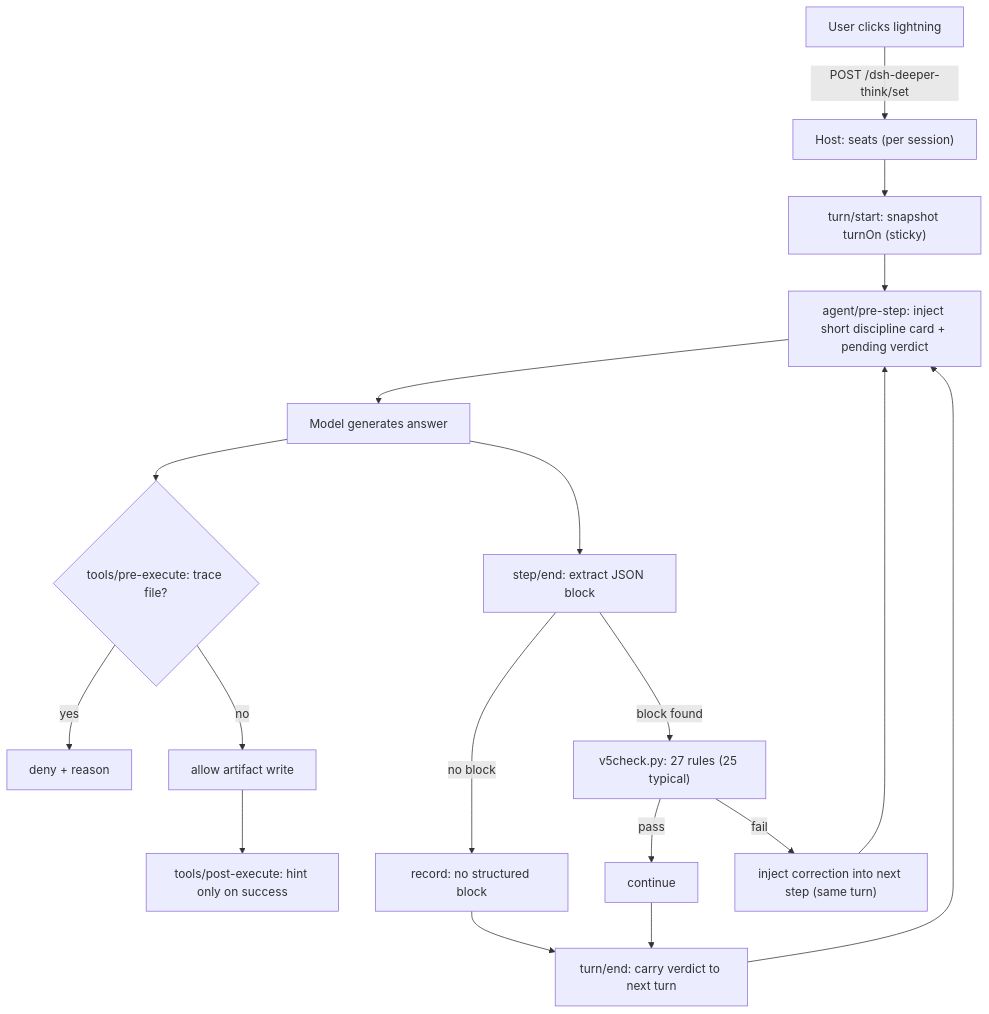
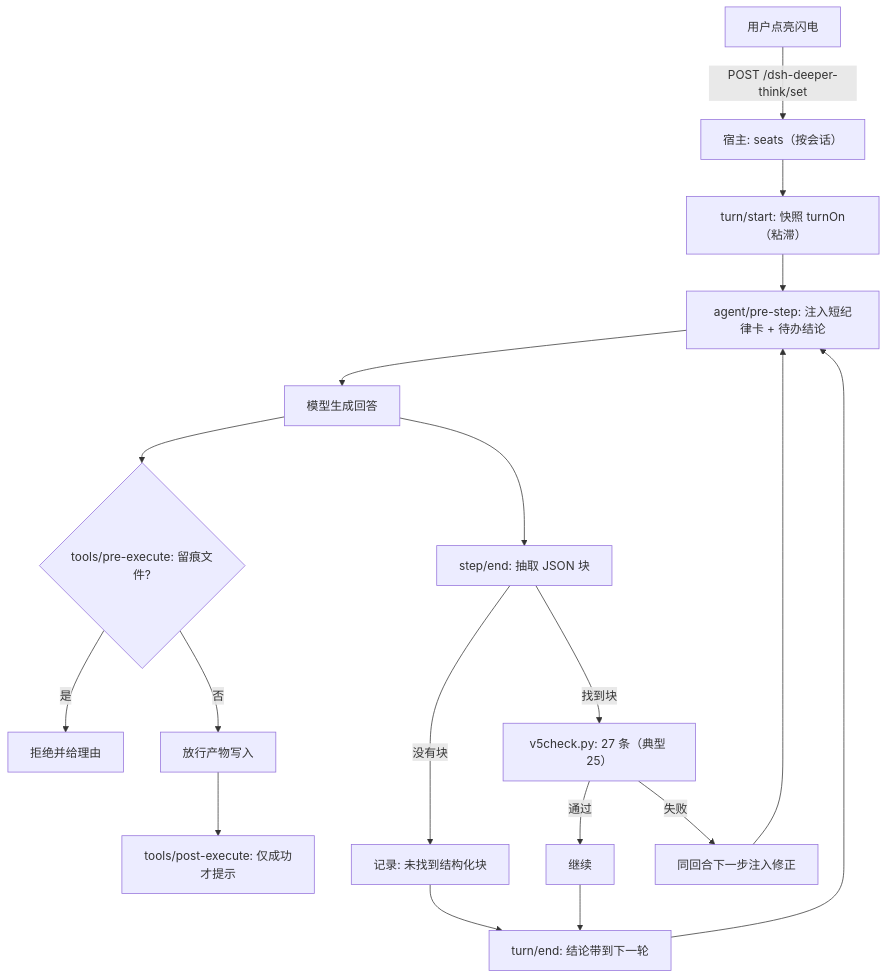
One commit to Voyager77Twt/dsh-deeper-think changed the diagram in README.md. Above: the diagram before and after it, drawn with Mermaid. The commit also changed other lines of this file and 2 other files, not shown here.

````diff
--- a/README.md
+++ b/README.md
@@ -34,20 +34,20 @@
 ```mermaid
 flowchart TD
-  U["User clicks lightning"] -->|"POST /dsh-deeper-think/set"| S["Host: seats (per session)"]
-  S --> T["turn/start: snapshot turnOn (sticky)"]
-  T --> P["agent/pre-step: inject short discipline card + pending verdict"]
-  P --> M["Model generates answer"]
-  M --> G{"tools/pre-execute: trace file?"}
-  G -->|"yes"| D["deny + reason"]
-  G -->|"no"| W["allow artifact write"]
-  W --> H["tools/post-execute: hint only on success"]
-  M --> E["step/end: extract JSON block"]
-  E -->|"block found"| C["v5check.py: 27 rules (25 typical)"]
-  E -->|"no block"| R["record: no structured block"]
-  C -->|"pass"| OK["continue"]
-  C -->|"fail"| X["inject correction into next step (same turn)"]
+  U["用户点亮闪电"] -->|"POST /dsh-deeper-think/set"| S["宿主: seats（按会话）"]
+  S --> T["turn/start: 快照 turnOn（粘滞）"]
+  T --> P["agent/pre-step: 注入短纪律卡 + 待办结论"]
+  P --> M["模型生成回答"]
+  M --> G{"tools/pre-execute: 留痕文件?"}
+  G -->|"是"| D["拒绝并给理由"]
+  G -->|"否"| W["放行产物写入"]
+  W --> H["tools/post-execute: 仅成功才提示"]
+  M --> E["step/end: 抽取 JSON 块"]
+  E -->|"找到块"| C["v5check.py: 27 条（典型 25）"]
+  E -->|"没有块"| R["记录: 未找到结构化块"]
+  C -->|"通过"| OK["继续"]
+  C -->|"失败"| X["同回合下一步注入修正"]
   X --> P
-  R --> Z["turn/end: carry verdict to next turn"]
+  R --> Z["turn/end: 结论带到下一轮"]
   OK --> Z
   Z --> P
 ```
````
